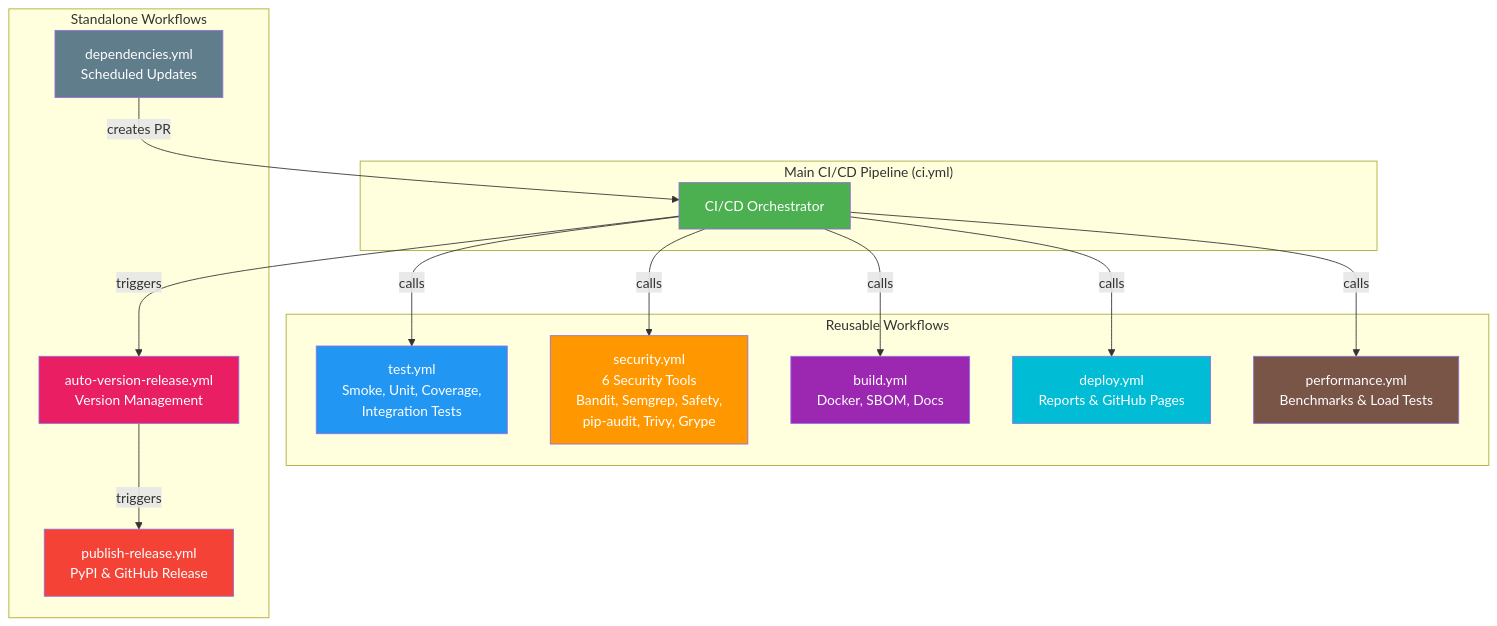
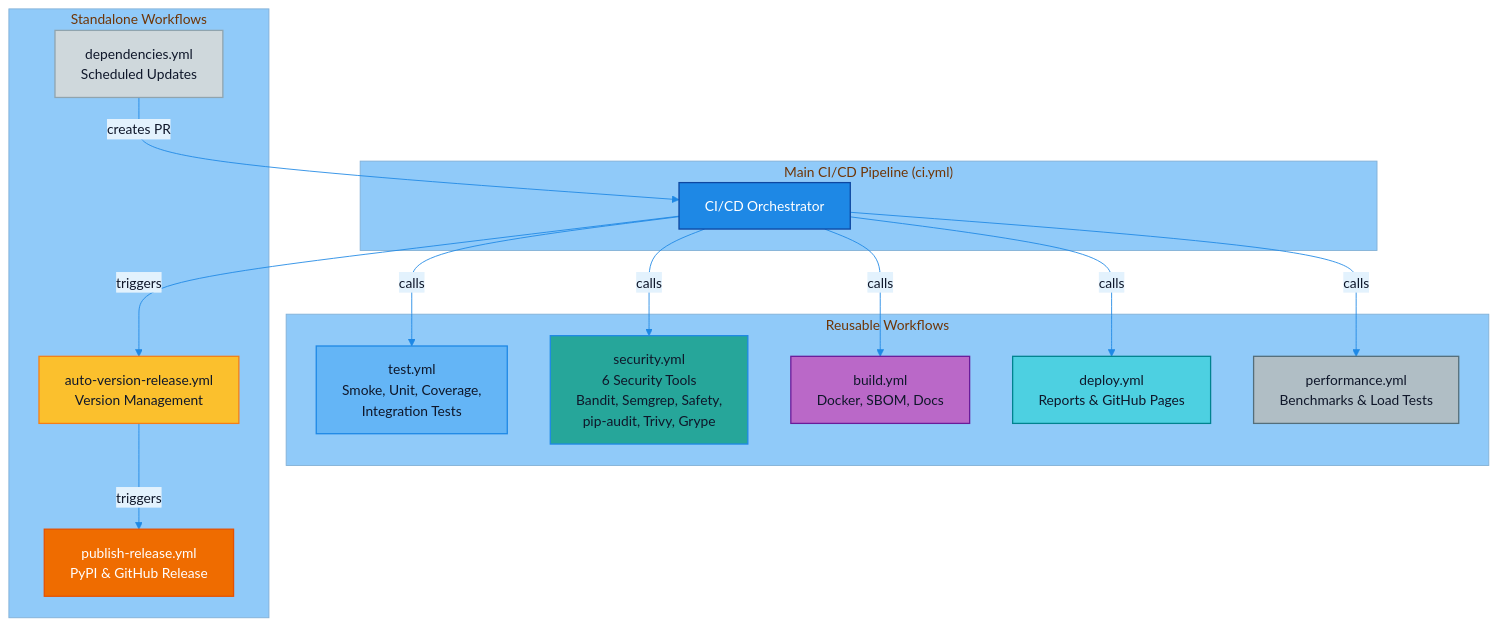
One commit to jim-wyatt/msn-weather-wrapper changed the third of 4 diagrams in docs/WORKFLOW_DIAGRAM.md. Above: the diagram before and after it, drawn with Mermaid. The commit also changed other lines of this file and 21 other files, not shown here.

````diff
--- a/docs/WORKFLOW_DIAGRAM.md
+++ b/docs/WORKFLOW_DIAGRAM.md
@@ -79,39 +81,41 @@
 ```mermaid
+%%{init: {'theme': 'base', 'themeVariables': {'primaryColor': '#E3F2FD', 'primaryTextColor': '#0F172A', 'primaryBorderColor': '#1E88E5', 'lineColor': '#1E88E5', 'secondaryColor': '#BBDEFB', 'tertiaryColor': '#90CAF9', 'edgeLabelBackground': '#E3F2FD'}}}%%
 graph TB
     subgraph "Main CI/CD Pipeline (ci.yml)"
         CI[CI/CD Orchestrator]
     end
 
     subgraph "Reusable Workflows"
         TEST[test.yml<br/>Smoke, Unit, Coverage,<br/>Integration Tests]
         SEC[security.yml<br/>6 Security Tools<br/>Bandit, Semgrep, Safety,<br/>pip-audit, Trivy, Grype]
         BUILD[build.yml<br/>Docker, SBOM, Docs]
         DEPLOY[deploy.yml<br/>Reports & GitHub Pages]
         PERF[performance.yml<br/>Benchmarks & Load Tests]
     end
 
     subgraph "Standalone Workflows"
         DEP[dependencies.yml<br/>Scheduled Updates]
         AUTO[auto-version-release.yml<br/>Version Management]
         PUB[publish-release.yml<br/>PyPI & GitHub Release]
     end
 
     CI -->|calls| TEST
     CI -->|calls| SEC
     CI -->|calls| BUILD
     CI -->|calls| DEPLOY
     CI -->|calls| PERF
     CI -->|triggers| AUTO
     AUTO -->|triggers| PUB
     DEP -->|creates PR| CI
 
-    style CI fill:#4CAF50,color:#fff
-    style TEST fill:#2196F3,color:#fff
-    style SEC fill:#FF9800,color:#fff
-    style BUILD fill:#9C27B0,color:#fff
-    style DEPLOY fill:#00BCD4,color:#fff
-    style PERF fill:#795548,color:#fff
-    style DEP fill:#607D8B,color:#fff
-    style AUTO fill:#E91E63,color:#fff
-    style PUB fill:#F44336,color:#fff
+    %% Muted palette to match site blues with softer contrast
+    style CI fill:#1E88E5,stroke:#0D47A1,stroke-width:1.5px,color:#fff
+    style TEST fill:#64B5F6,stroke:#1E88E5,stroke-width:1.5px,color:#0F172A
+    style SEC fill:#26A69A,stroke:#1E88E5,stroke-width:1.5px,color:#0F172A
+    style BUILD fill:#BA68C8,stroke:#6A1B9A,stroke-width:1.5px,color:#0F172A
+    style DEPLOY fill:#4DD0E1,stroke:#00838F,stroke-width:1.5px,color:#0F172A
+    style PERF fill:#B0BEC5,stroke:#546E7A,stroke-width:1.5px,color:#0F172A
+    style DEP fill:#CFD8DC,stroke:#90A4AE,stroke-width:1.5px,color:#0F172A
+    style AUTO fill:#FBC02D,stroke:#F57F17,stroke-width:1.5px,color:#0F172A
+    style PUB fill:#EF6C00,stroke:#E65100,stroke-width:1.5px,color:#fff
 ```
````
